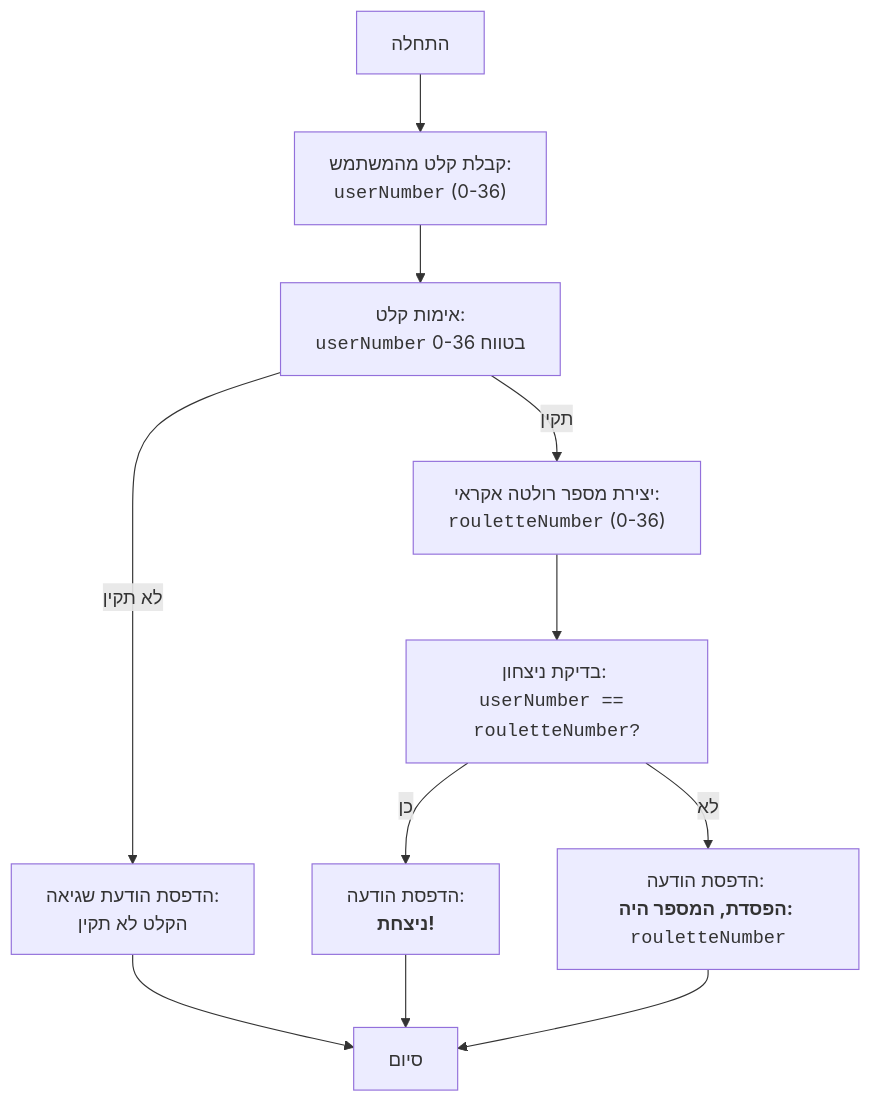
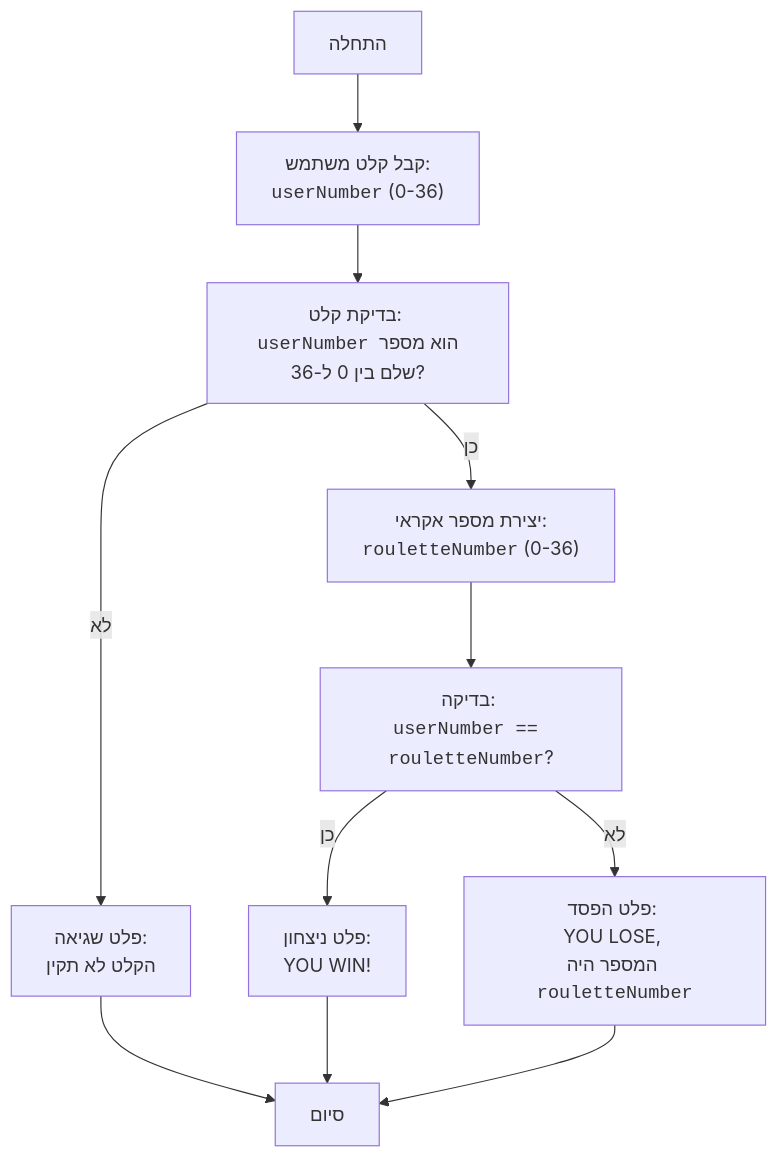
One commit to hypo69/hypo changed the diagram in docs/gemini/he/explainer/src/endpoints/ai_games/101_basic_computer_games/ru/GAMES/ROULET/roulet.py.md. Above: the diagram before and after it, drawn with Mermaid. The commit also changed other lines of this file and 885 other files, not shown here.

````diff
--- a/docs/gemini/he/explainer/src/endpoints/ai_games/101_basic_computer_games/ru/GAMES/ROULET/roulet.py.md
+++ b/docs/gemini/he/explainer/src/endpoints/ai_games/101_basic_computer_games/ru/GAMES/ROULET/roulet.py.md
@@ -34,13 +22,14 @@
 ```mermaid
 flowchart TD
-    Start["התחלה"] --> InputUserNumber["קבלת קלט מהמשתמש: <br><code>userNumber</code> (0-36)"]
-    InputUserNumber --> ValidateInput["אימות קלט: <br><code>userNumber</code> בטווח 0-36"]
-    ValidateInput -- לא תקין --> ErrorMessage["הדפסת הודעת שגיאה: <br>הקלט לא תקין"]
-    ErrorMessage --> End["סיום"]
-    ValidateInput -- תקין --> GenerateRouletteNumber["יצירת מספר רולטה אקראי: <br><code>rouletteNumber</code> (0-36)"]
-    GenerateRouletteNumber --> CheckWin["בדיקת ניצחון: <br><code>userNumber == rouletteNumber?</code>"]
-    CheckWin -- כן --> OutputWin["הדפסת הודעה: <br><b>ניצחת!</b>"]
-    OutputWin --> End
-    CheckWin -- לא --> OutputLose["הדפסת הודעה: <br><b>הפסדת, המספר היה: </b><code>rouletteNumber</code>"]
-    OutputLose --> End
+    Start["התחלה"] --> InputUserNumber["קבל קלט משתמש: <br><code>userNumber</code> (0-36)"]
+    InputUserNumber --> ValidateInput["בדיקת קלט: <br><code>userNumber</code> הוא מספר שלם בין 0 ל-36?"]
+    ValidateInput -- "לא" --> InputError["פלט שגיאה:<br> הקלט לא תקין"]
+    InputError --> Stop["סיום"]
+    ValidateInput -- "כן" --> GenerateRouletteNumber["יצירת מספר אקראי: <br><code>rouletteNumber</code> (0-36)"]
+    GenerateRouletteNumber --> CheckWin["בדיקה: <br><code>userNumber == rouletteNumber</code>?"]
+    CheckWin -- "כן" --> OutputWin["פלט ניצחון: <br>YOU WIN!"]
+    OutputWin --> Stop
+    CheckWin -- "לא" --> OutputLose["פלט הפסד: <br>YOU LOSE, <br>המספר היה <code>rouletteNumber</code>"]
+    OutputLose --> Stop
+    Stop["סיום"]
 ```
````
